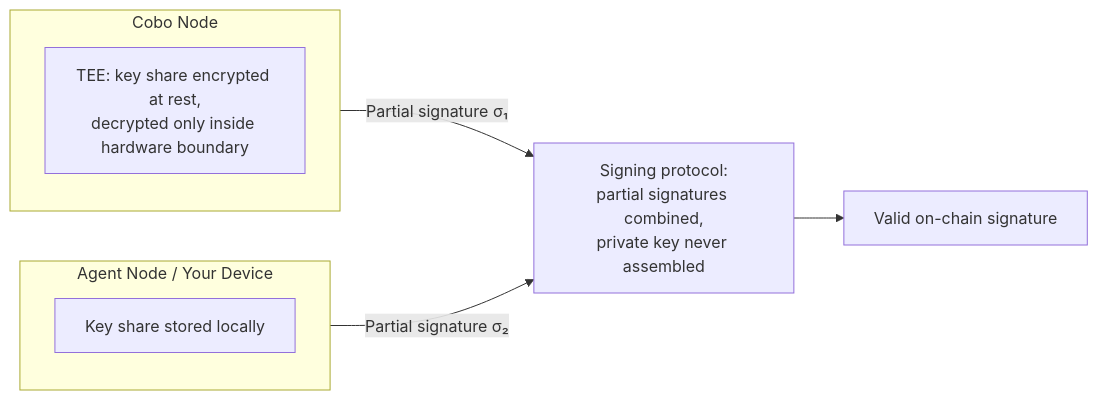
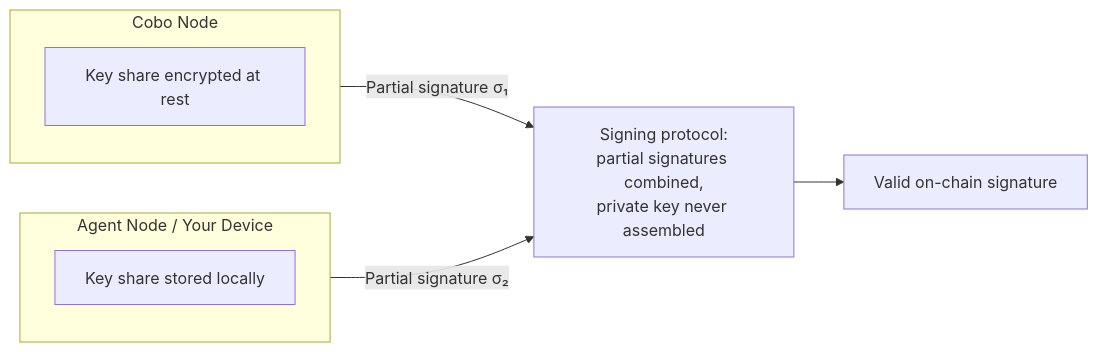
Before and after one commit to CoboGlobal/cobo-agentic-wallet-manual: the second of 2 diagrams in products/agentic-wallet/manual/security/mpc-model.mdx, drawn with Mermaid. The commit also changed other lines of this file and 73 other files, not shown here.

````diff
--- a/products/agentic-wallet/manual/security/mpc-model.mdx
+++ b/products/agentic-wallet/manual/security/mpc-model.mdx
@@ -92,15 +83,15 @@
 ```mermaid
 flowchart LR
     subgraph cobo ["Cobo Node"]
         direction TB
-        TEE["TEE: key share encrypted at rest,<br/>decrypted only inside hardware boundary"]
+        CS1["Key share encrypted at rest"]
     end
     subgraph customer ["Agent Node / Your Device"]
         direction TB
-        CS["Key share stored locally"]
+        CS2["Key share stored locally"]
     end
     SIG["Signing protocol:<br/>partial signatures combined,<br/>private key never assembled"]
     cobo -->|"Partial signature σ₁"| SIG
     customer -->|"Partial signature σ₂"| SIG
     SIG --> OUT["Valid on-chain signature"]
 ```
````
